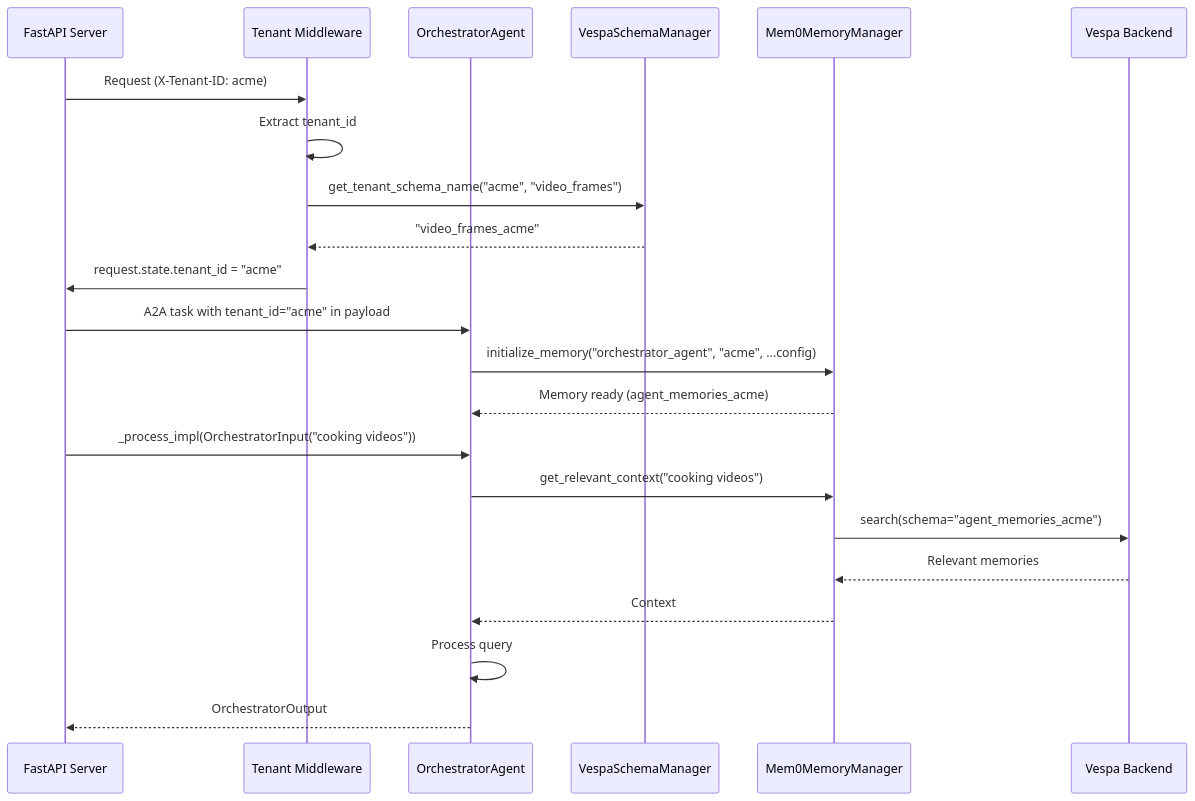
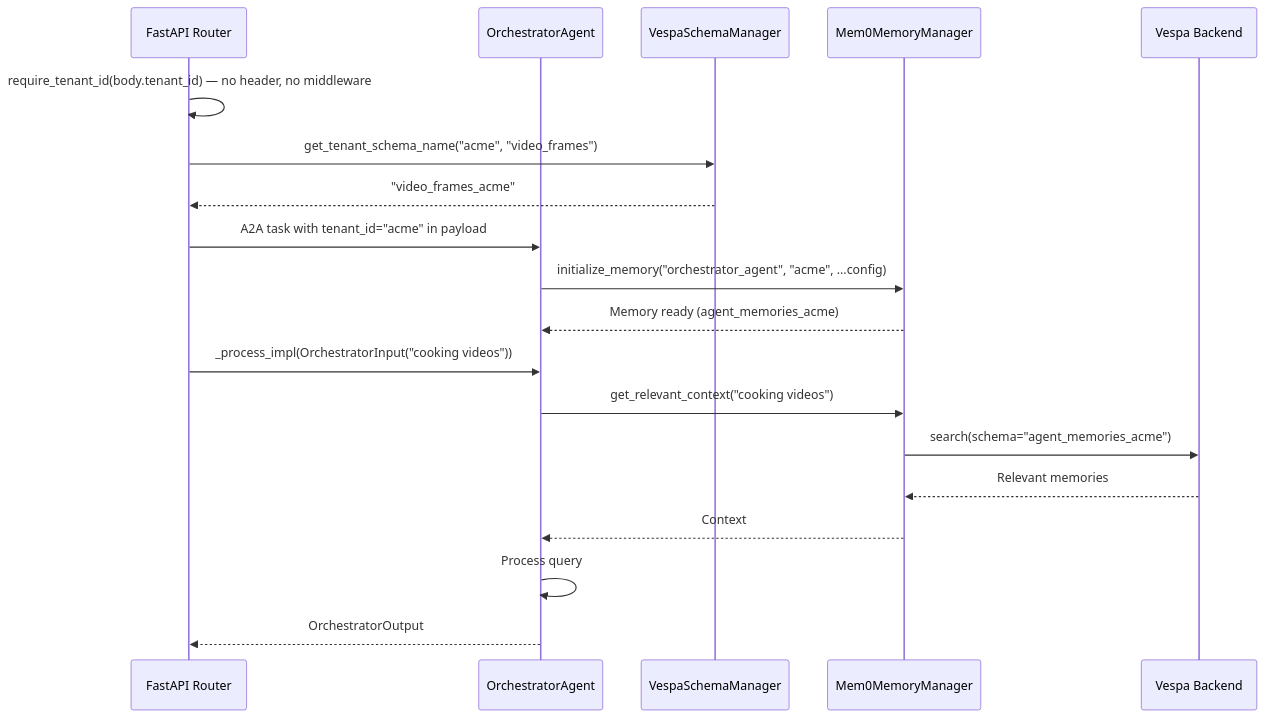
Before and after one commit to amit-jain/cogniverse: diagram 13 of 18 in docs/modules/agents.md, drawn with Mermaid. The commit also changed other lines of this file and 19 other files, not shown here.

````diff
--- a/docs/modules/agents.md
+++ b/docs/modules/agents.md
@@ -2872,27 +2982,24 @@
 ```mermaid
 sequenceDiagram
-    participant API as FastAPI Server
-    participant Middleware as Tenant Middleware
+    participant API as FastAPI Router
     participant Agent as OrchestratorAgent
     participant SchemaManager as VespaSchemaManager
     participant Memory as Mem0MemoryManager
     participant Vespa as Vespa Backend
 
-    API->>Middleware: Request (X-Tenant-ID: acme)
-    Middleware->>Middleware: Extract tenant_id
-    Middleware->>SchemaManager: get_tenant_schema_name("acme", "video_frames")
-    SchemaManager-->>Middleware: "video_frames_acme"
-    Middleware->>API: request.state.tenant_id = "acme"
+    API->>API: require_tenant_id(body.tenant_id) — no header, no middleware
+    API->>SchemaManager: get_tenant_schema_name("acme", "video_frames")
+    SchemaManager-->>API: "video_frames_acme"
 
     API->>Agent: A2A task with tenant_id="acme" in payload
     Agent->>Memory: initialize_memory("orchestrator_agent", "acme", ...config)
     Memory-->>Agent: Memory ready (agent_memories_acme)
 
     API->>Agent: _process_impl(OrchestratorInput("cooking videos"))
     Agent->>Memory: get_relevant_context("cooking videos")
     Memory->>Vespa: search(schema="agent_memories_acme")
     Vespa-->>Memory: Relevant memories
     Memory-->>Agent: Context
     Agent->>Agent: Process query
     Agent-->>API: OrchestratorOutput
 ```
````
